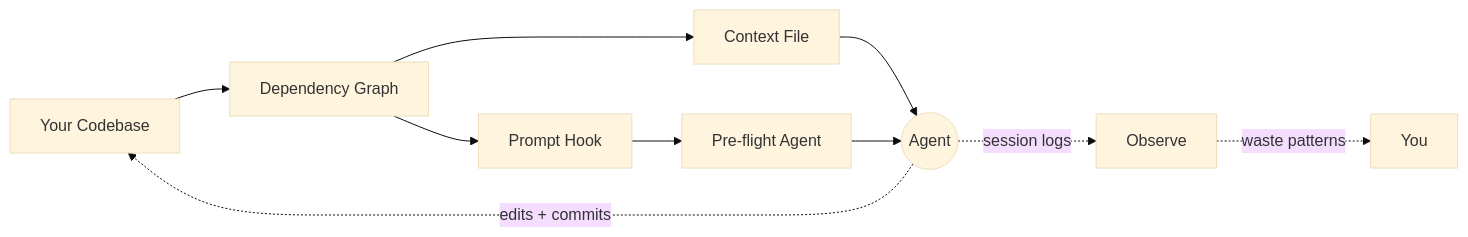
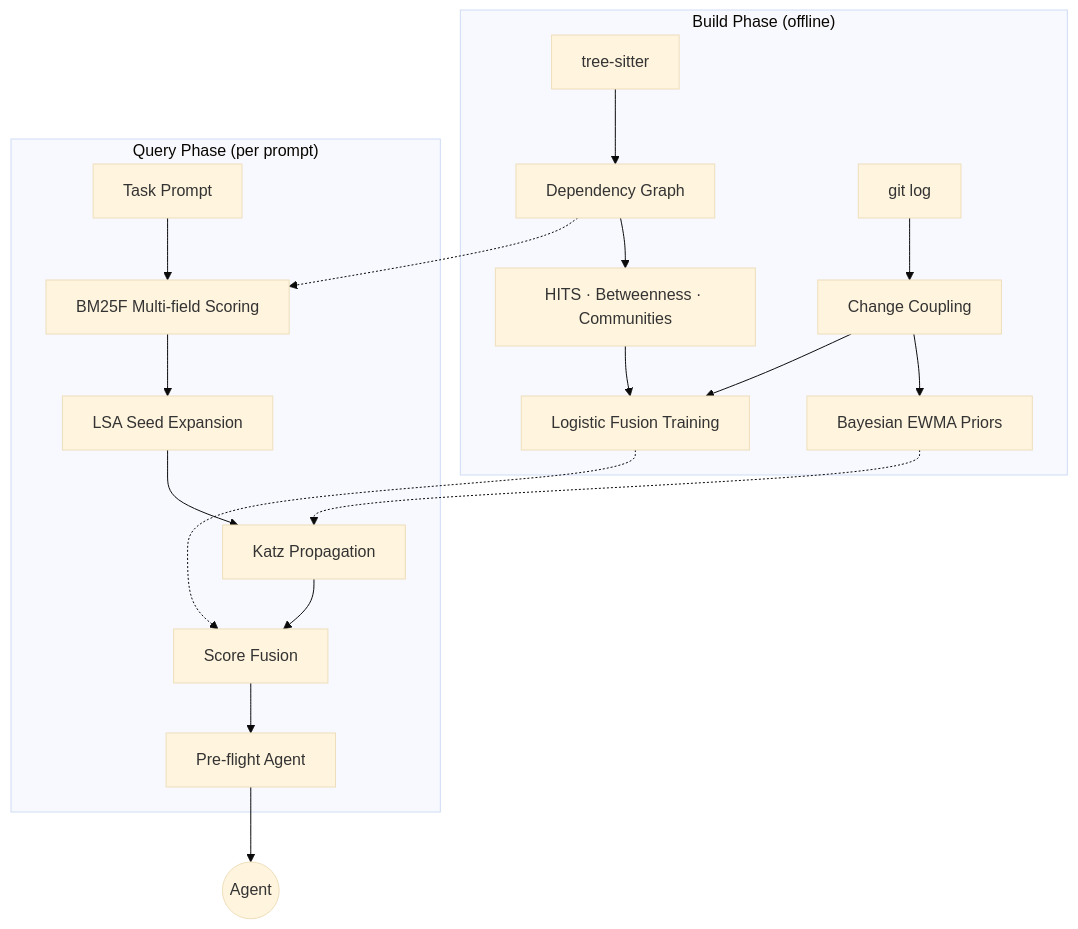
The diagram in README.md (michaelabrt/clarte), drawn with Mermaid (base theme) before and after one commit. The commit also changed other lines of this file and 7 other files, not shown here.

````diff
--- a/README.md
+++ b/README.md
@@ -87,11 +76,23 @@
 ```mermaid
-graph LR
-    A[Your Codebase] --> B[Dependency Graph]
-    B --> C[Context File]
-    B --> D[Prompt Hook]
-    D --> E[Pre-flight Agent]
-    C & E --> F((Agent))
-    F -. "edits + commits" .-> A
-    F -. "session logs" .-> G[Observe]
-    G -. "waste patterns" .-> H[You]
+graph TD
+    subgraph offline ["Build Phase (offline)"]
+        A[tree-sitter] --> B[Dependency Graph]
+        C[git log] --> D[Change Coupling]
+        B --> E["HITS · Betweenness · Communities"]
+        D --> F[Bayesian EWMA Priors]
+        E & D --> G[Logistic Fusion Training]
+    end
+
+    subgraph prompt ["Query Phase (per prompt)"]
+        H[Task Prompt] --> I["BM25F Multi-field Scoring"]
+        I --> J[LSA Seed Expansion]
+        J --> K[Katz Propagation]
+        K --> L[Score Fusion]
+        L --> M[Pre-flight Agent]
+    end
+
+    B -.-> I
+    G -.-> L
+    F -.-> K
+    M --> N((Agent))
 ```
````
